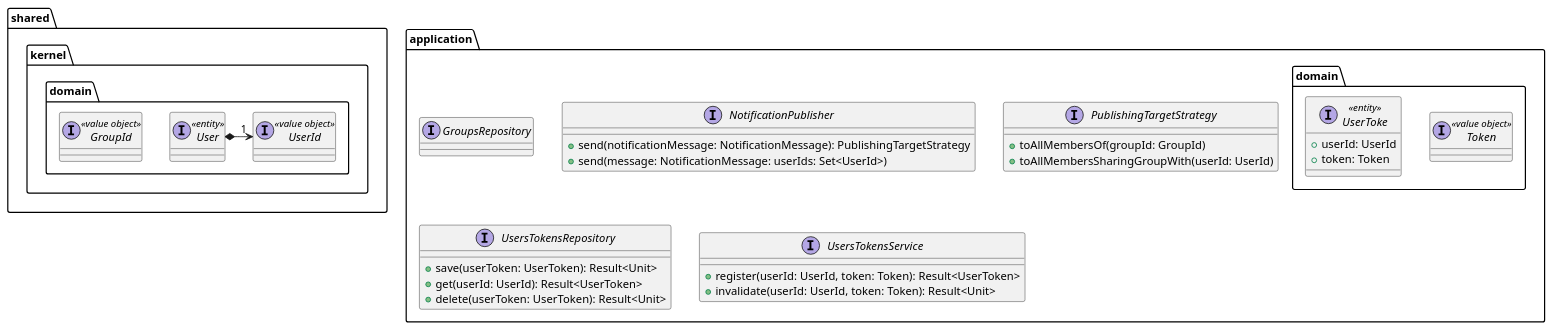
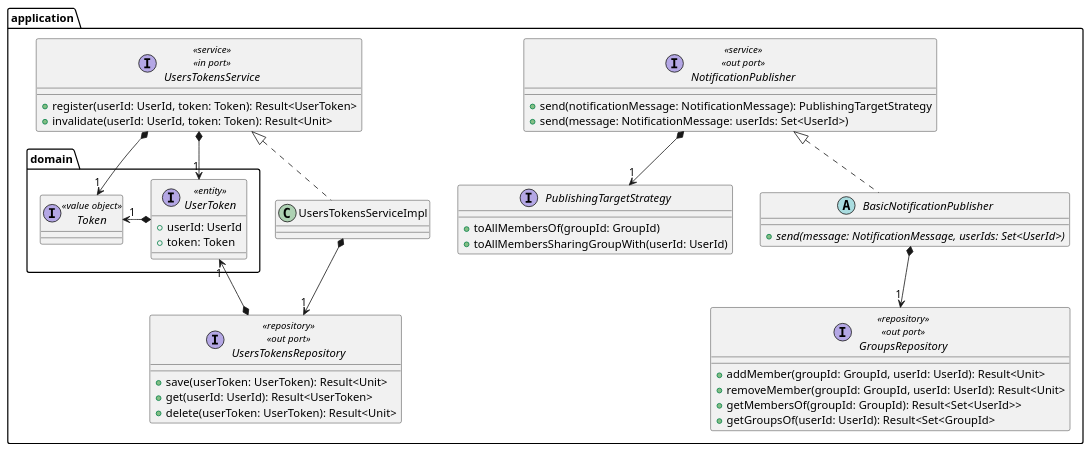
One commit to position-pal/Documentation changed the diagram in content/docs/4-detailed-design/3-notification-service.md. Above: the diagram before and after it, drawn with PlantUML. The commit also changed 5 other files, not shown here.

````diff
--- a/content/docs/4-detailed-design/3-notification-service.md
+++ b/content/docs/4-detailed-design/3-notification-service.md
@@ -11,48 +11,62 @@
 ```plantuml
 @startuml notification-service-structure
-
-package shared.kernel.domain {
-    interface User <<entity>>
-    interface UserId <<value object>>
-    interface GroupId <<value object>>
-    User *-r-> "1" UserId
-}
 
 package application {
 
     package domain {
 
         interface Token <<value object>> {}
 
-        interface UserToke <<entity>> {
+        interface UserToken <<entity>> {
             + userId: UserId
             + token: Token
         }
+        UserToken *-left-> "1" Token
     }
 
-    interface GroupsRepository
+    interface GroupsRepository <<repository>> <<out port>> {
+        + addMember(groupId: GroupId, userId: UserId): Result<Unit>
+        + removeMember(groupId: GroupId, userId: UserId): Result<Unit>
+        + getMembersOf(groupId: GroupId): Result<Set<UserId>>
+        + getGroupsOf(userId: UserId): Result<Set<GroupId>
+    }
 
-    interface NotificationPublisher {
+    interface NotificationPublisher <<service>> <<out port>> {
         + send(notificationMessage: NotificationMessage): PublishingTargetStrategy
         + send(message: NotificationMessage: userIds: Set<UserId>)
     }
 
     interface PublishingTargetStrategy {
         + toAllMembersOf(groupId: GroupId)
         + toAllMembersSharingGroupWith(userId: UserId)
     }
 
-    interface UsersTokensRepository {
+    NotificationPublisher *--> "1" PublishingTargetStrategy
+
+    abstract class BasicNotificationPublisher implements NotificationPublisher {
+        + {abstract} send(message: NotificationMessage, userIds: Set<UserId>)
+    }
+    BasicNotificationPublisher *--> "1" GroupsRepository
+
+    interface UsersTokensRepository <<repository>> <<out port>> {
         + save(userToken: UserToken): Result<Unit>
         + get(userId: UserId): Result<UserToken>
         + delete(userToken: UserToken): Result<Unit>
     }
 
-    interface UsersTokensService {
+    interface UsersTokensService <<service>> <<in port>> {
         + register(userId: UserId, token: Token): Result<UserToken>
         + invalidate(userId: UserId, token: Token): Result<Unit>
     }
 
+    UsersTokensRepository *-left--> "1" UserToken
+    UsersTokensService *--> "1" UserToken
+    UsersTokensService *--> "1" Token
+
+    class UsersTokensServiceImpl implements UsersTokensService
+    UsersTokensServiceImpl *--> "1" UsersTokensRepository
+    
+
 }
 @enduml
 ```
````
